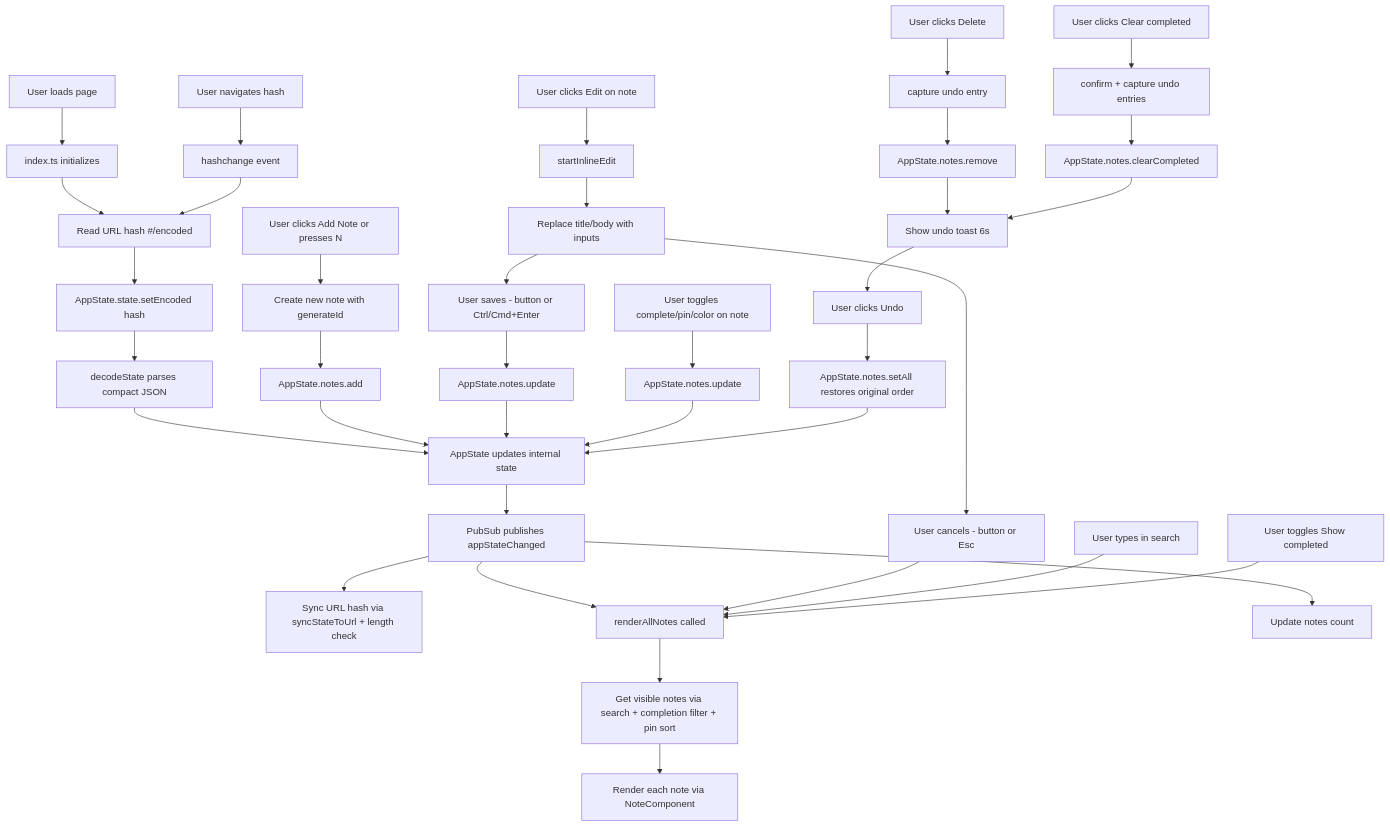
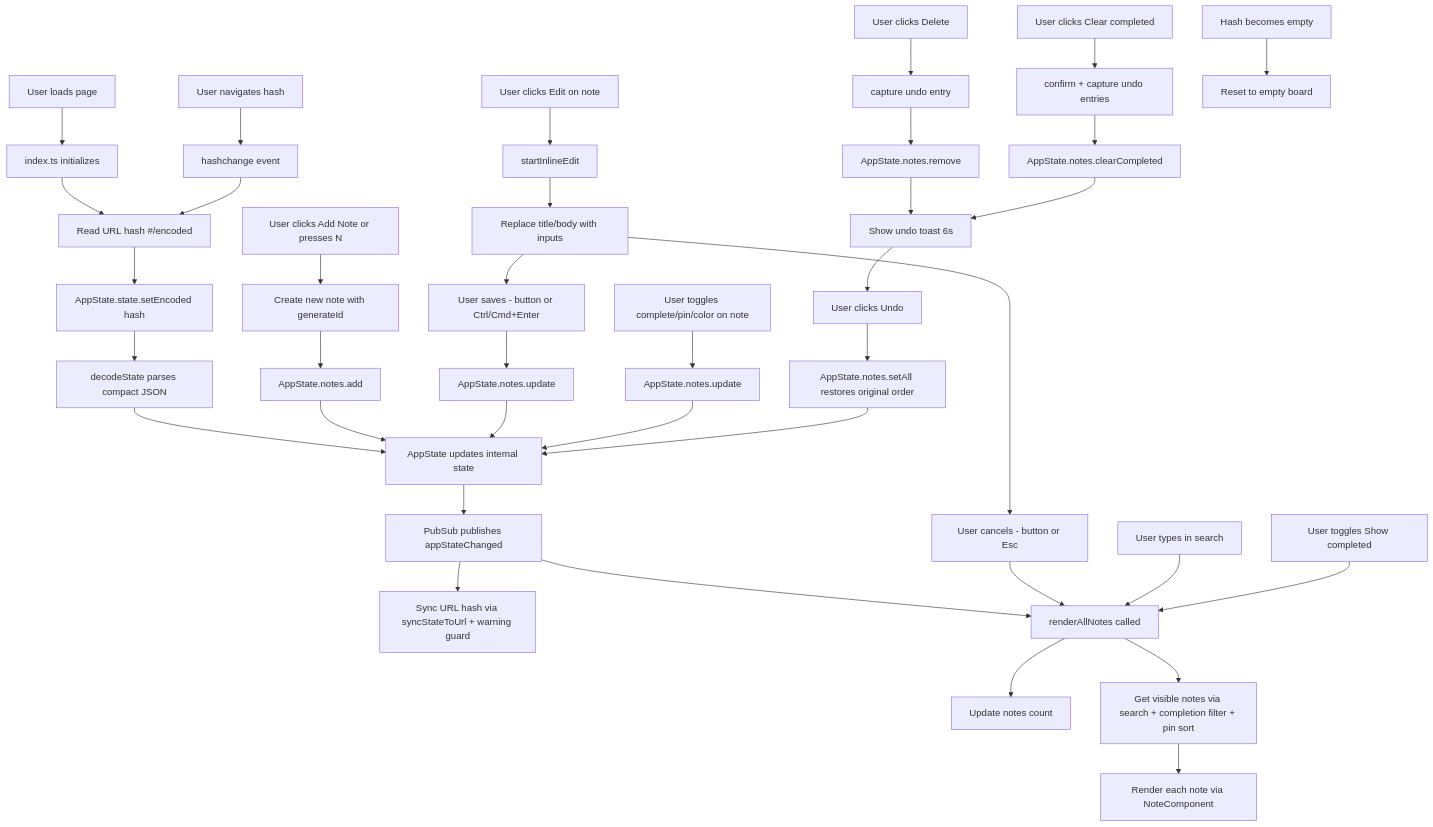
One commit to hiimalexjgarcia/base64-encoded-state-test changed the diagram in README.md. Above: the diagram before and after it, drawn with Mermaid. The commit also changed other lines of this file and 6 other files, not shown here.

First line of the commit message:
refactor: remove dead search and sanitizer code; sync app flow docs

````diff
--- a/README.md
+++ b/README.md
@@ -67,47 +67,48 @@
 ```mermaid
 graph TD
     A[User loads page] --> B[index.ts initializes]
     B --> C[Read URL hash #/encoded]
     C --> D[AppState.state.setEncoded hash]
     D --> E[decodeState parses compact JSON]
     E --> F[AppState updates internal state]
     F --> G[PubSub publishes appStateChanged]
-    G --> H[Sync URL hash via syncStateToUrl + length check]
+    G --> H[Sync URL hash via syncStateToUrl + warning guard]
     G --> I[renderAllNotes called]
-    G --> M[Update notes count]
+    I --> M[Update notes count]
     I --> J[Get visible notes via search + completion filter + pin sort]
     J --> L[Render each note via NoteComponent]
 
     N[User clicks Add Note or presses N] --> O[Create new note with generateId]
     O --> P[AppState.notes.add]
     P --> F
 
     Q[User clicks Edit on note] --> R[startInlineEdit]
     R --> S[Replace title/body with inputs]
     S --> T[User saves - button or Ctrl/Cmd+Enter]
     T --> U[AppState.notes.update]
     U --> F
     S --> V[User cancels - button or Esc]
     V --> I
 
     W[User toggles complete/pin/color on note] --> X[AppState.notes.update]
     X --> F
 
     Y[User clicks Delete] --> Z[capture undo entry]
     Z --> AA[AppState.notes.remove]
     AA --> AB[Show undo toast 6s]
     AB --> AC[User clicks Undo]
     AC --> AD[AppState.notes.setAll restores original order]
     AD --> F
 
     AE[User clicks Clear completed] --> AF[confirm + capture undo entries]
     AF --> AG[AppState.notes.clearCompleted]
     AG --> AB
 
     AH[User types in search] --> I
 
     AI[User toggles Show completed] --> I
 
     AJ[User navigates hash] --> AK[hashchange event]
     AK --> C
+    AL[Hash becomes empty] --> AM[Reset to empty board]
 ```
````
